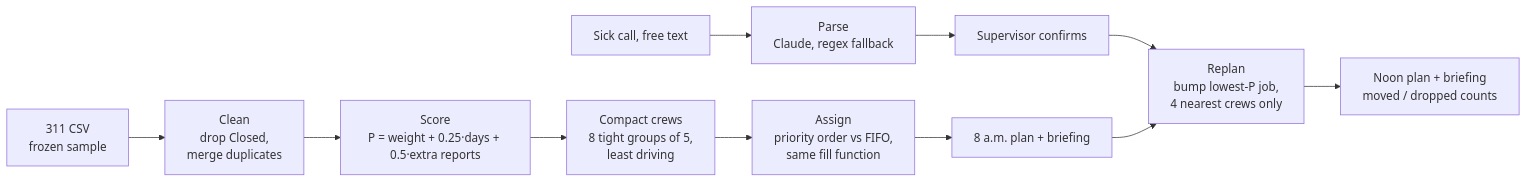
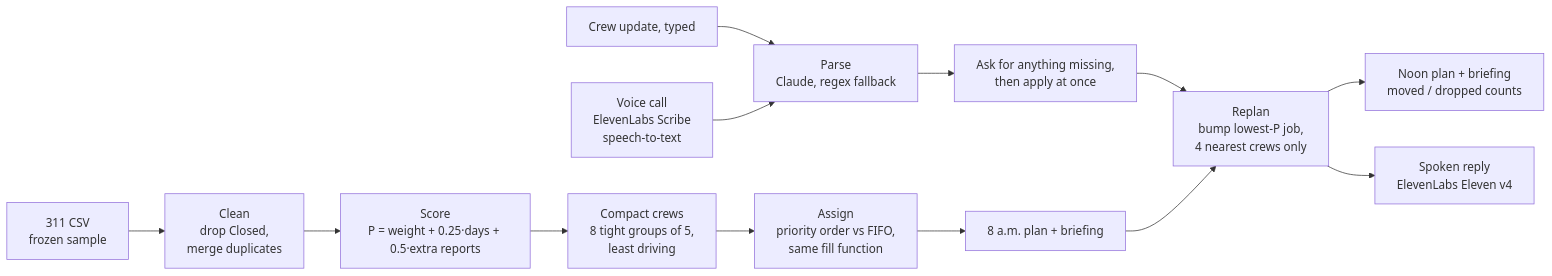
Before and after one commit to ColbyCadden/IEEE-Industry-Hackathon---Dispatch-agent: the diagram in README.md, drawn with Mermaid. The commit also changed other lines of this file and 1 other file, not shown here.

First line of the commit message:
Docs: ElevenLabs voice call in the README and submission

````diff
--- a/README.md
+++ b/README.md
@@ -63,13 +67,15 @@
 ```mermaid
 flowchart LR
   A[311 CSV<br/>frozen sample] --> B[Clean<br/>drop Closed,<br/>merge duplicates]
   B --> C[Score<br/>P = weight + 0.25·days + 0.5·extra reports]
   C --> D[Compact crews<br/>8 tight groups of 5,<br/>least driving]
   D --> E[Assign<br/>priority order vs FIFO,<br/>same fill function]
   E --> F[8 a.m. plan + briefing]
-  G[Sick call, free text] --> H[Parse<br/>Claude, regex fallback]
-  H --> I[Supervisor confirms]
+  G[Crew update, typed] --> H[Parse<br/>Claude, regex fallback]
+  V[Voice call<br/>ElevenLabs Scribe<br/>speech-to-text] --> H
+  H --> I[Ask for anything missing,<br/>then apply at once]
   I --> J[Replan<br/>bump lowest-P job,<br/>4 nearest crews only]
   F --> J
   J --> K[Noon plan + briefing<br/>moved / dropped counts]
+  J --> S[Spoken reply<br/>ElevenLabs Eleven v4]
 ```
````
